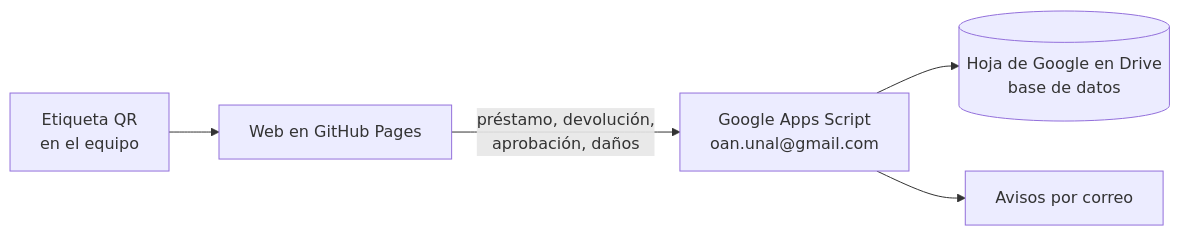
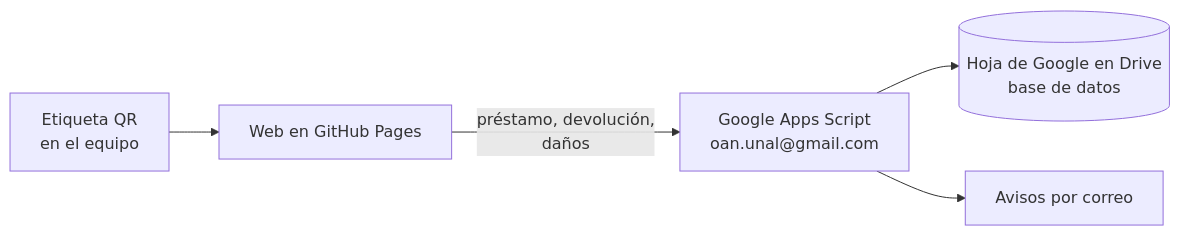
Before and after one commit to AstronomiaOAN/equipos: the diagram in README.md, drawn with Mermaid. The commit also changed other lines of this file and 28 other files, not shown here.

First line of the commit message:
Préstamo y devolución inmediatos, menos datos y plazo de hasta 7 días calendario

````diff
--- a/README.md
+++ b/README.md
@@ -17,7 +17,7 @@
 ```mermaid
 flowchart LR
     QR[Etiqueta QR<br/>en el equipo] --> Web[Web en GitHub Pages]
-    Web -- préstamo, devolución,<br/>aprobación, daños --> AS[Google Apps Script<br/>oan.unal@gmail.com]
+    Web -- préstamo, devolución,<br/>daños --> AS[Google Apps Script<br/>oan.unal@gmail.com]
     AS --> Hoja[(Hoja de Google en Drive<br/>base de datos)]
     AS --> Correo[Avisos por correo]
 ```
````
